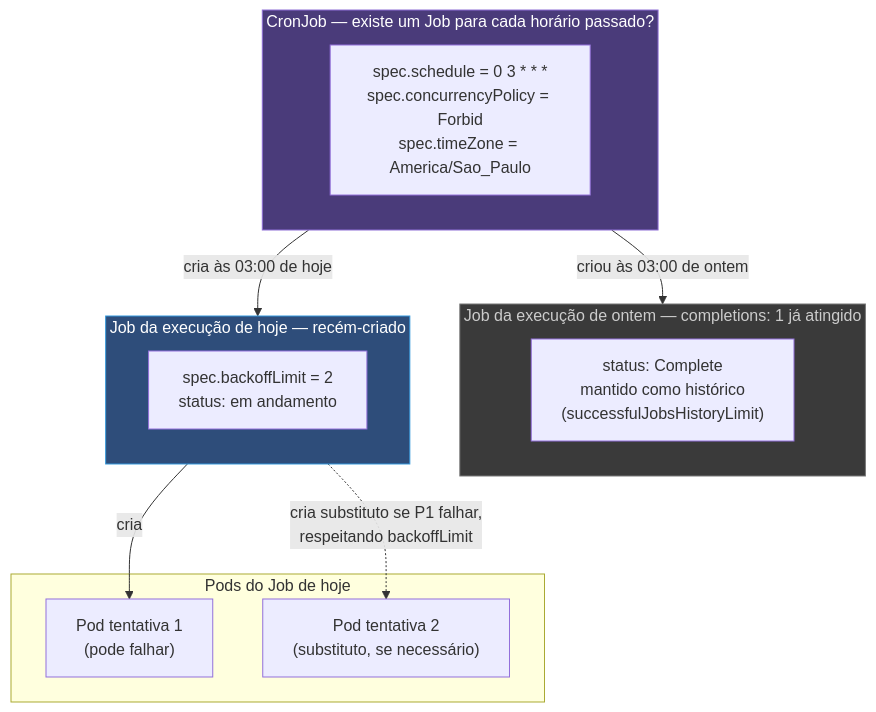
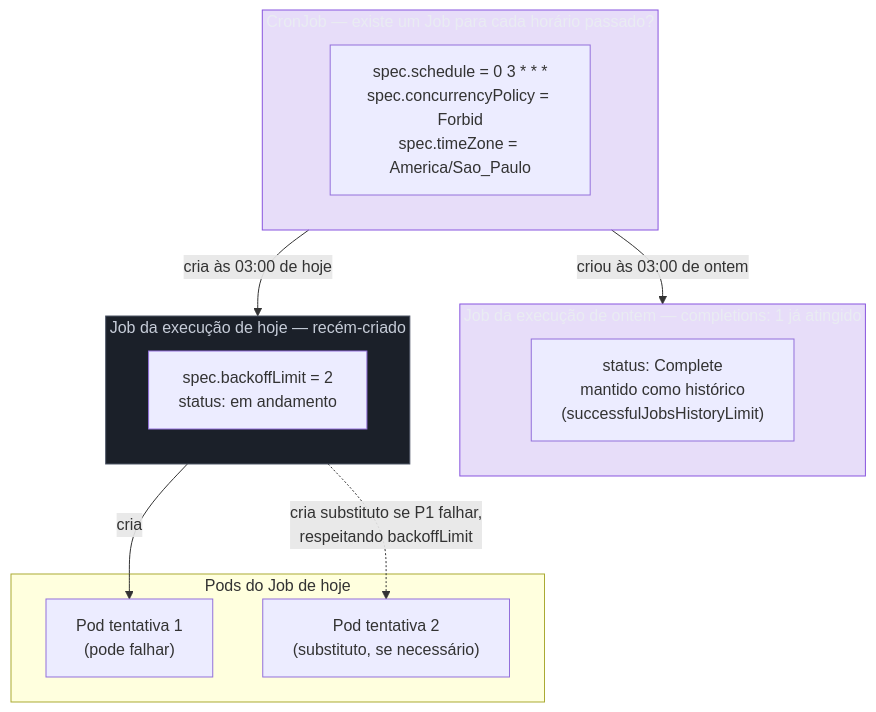
Before and after one commit to josenaldo/codex-technomanticus: the third of 3 diagrams in 03-Dominios/Tecnologia/Infraestrutura/Kubernetes/11 - Job, CronJob e DaemonSet.md, drawn with Mermaid. The commit also changed 1181 other files, not shown here.

First line of the commit message:
fix(diagramas): paleta do sistema no lugar de cor cravada no markdown

````diff
--- a/03-Dominios/Tecnologia/Infraestrutura/Kubernetes/11 - Job, CronJob e DaemonSet.md
+++ b/03-Dominios/Tecnologia/Infraestrutura/Kubernetes/11 - Job, CronJob e DaemonSet.md
@@ -344,28 +344,30 @@
 ```mermaid
 graph TB
+    classDef marca fill:#8855DF33,stroke:#8855DF,color:#E9ECF2
+    classDef neutro fill:#1B2029,stroke:#4E5666,color:#C6CCD8
     subgraph CJ["CronJob — existe um Job para cada horário passado?"]
         CSPEC["spec.schedule = 0 3 * * *<br/>spec.concurrencyPolicy = Forbid<br/>spec.timeZone = America/Sao_Paulo"]
     end
 
     subgraph J1["Job da execução de ontem — completions: 1 já atingido"]
         JSTATUS1["status: Complete<br/>mantido como histórico<br/>(successfulJobsHistoryLimit)"]
     end
 
     subgraph J2["Job da execução de hoje — recém-criado"]
         JSTATUS2["spec.backoffLimit = 2<br/>status: em andamento"]
     end
 
     subgraph PODS["Pods do Job de hoje"]
         P1["Pod tentativa 1<br/>(pode falhar)"]
         P2["Pod tentativa 2<br/>(substituto, se necessário)"]
     end
 
     CJ -->|"criou às 03:00 de ontem"| J1
     CJ -->|"cria às 03:00 de hoje"| J2
     J2 -->|"cria"| P1
     J2 -.->|"cria substituto se P1 falhar,<br/>respeitando backoffLimit"| P2
 
-    style CJ fill:#4a3b7a,stroke:#8e6fd6,color:#fff
-    style J2 fill:#2e4d7a,stroke:#3498db,color:#fff
-    style J1 fill:#3a3a3a,stroke:#777,color:#ccc
+    class CJ marca
+    class J2 neutro
+    class J1 marca
 ```
````
